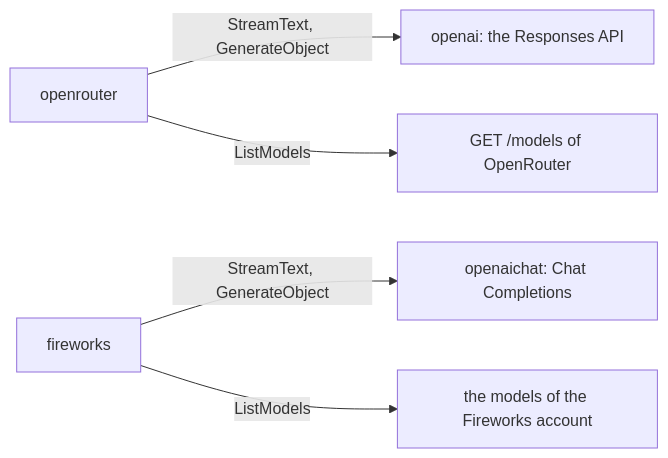
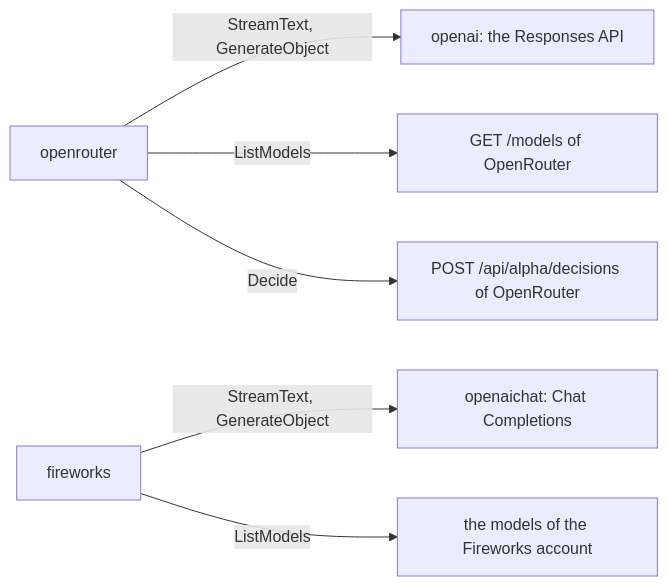
One commit to sonnes/gopi changed the diagram in docs/concepts/ai/host-provider.md. Above: the diagram before and after it, drawn with Mermaid. The commit also changed other lines of this file and 17 other files, not shown here.

First line of the commit message:
docs: add the Decisions page, the concept, and the make-a-decision example

````diff
--- a/docs/concepts/ai/host-provider.md
+++ b/docs/concepts/ai/host-provider.md
@@ -15,9 +15,10 @@
 ```mermaid
 flowchart LR
   accTitle: The calls of a host provider
-  accDescr: A host provider sends the text call and the object call through the provider of its API, and lists the models of the host from the API of the host.
+  accDescr: A host provider sends the text call and the object call through the provider of its API, and lists the models of the host from the API of the host. OpenRouter sends a decision to its own API.
   or[openrouter] -- StreamText, GenerateObject --> oai[openai: the Responses API]
   or -- ListModels --> orl[GET /models of OpenRouter]
+  or -- Decide --> ord[POST /api/alpha/decisions of OpenRouter]
   fw[fireworks] -- StreamText, GenerateObject --> chat[openaichat: Chat Completions]
   fw -- ListModels --> fwl[the models of the Fireworks account]
 ```
````
